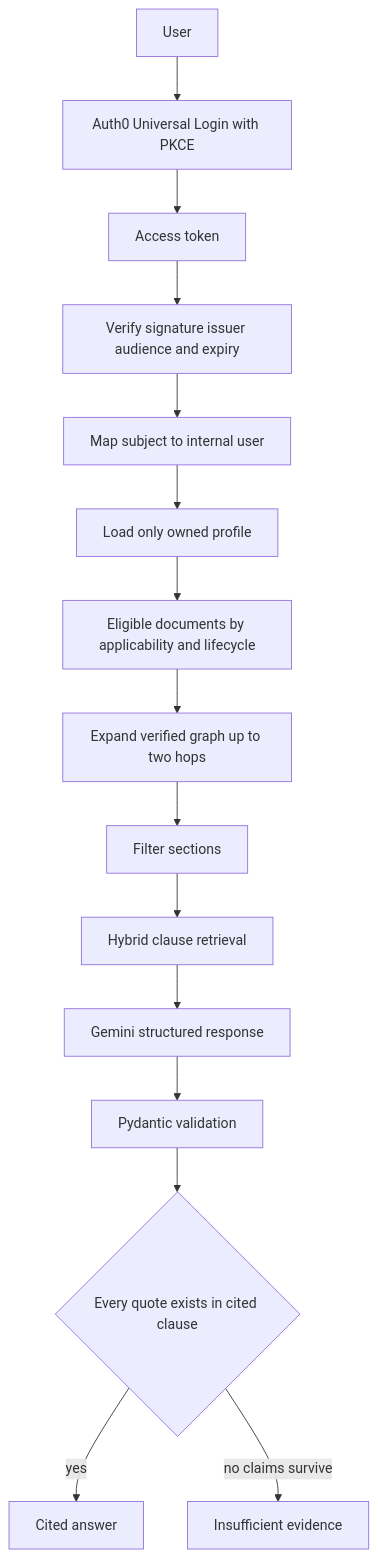
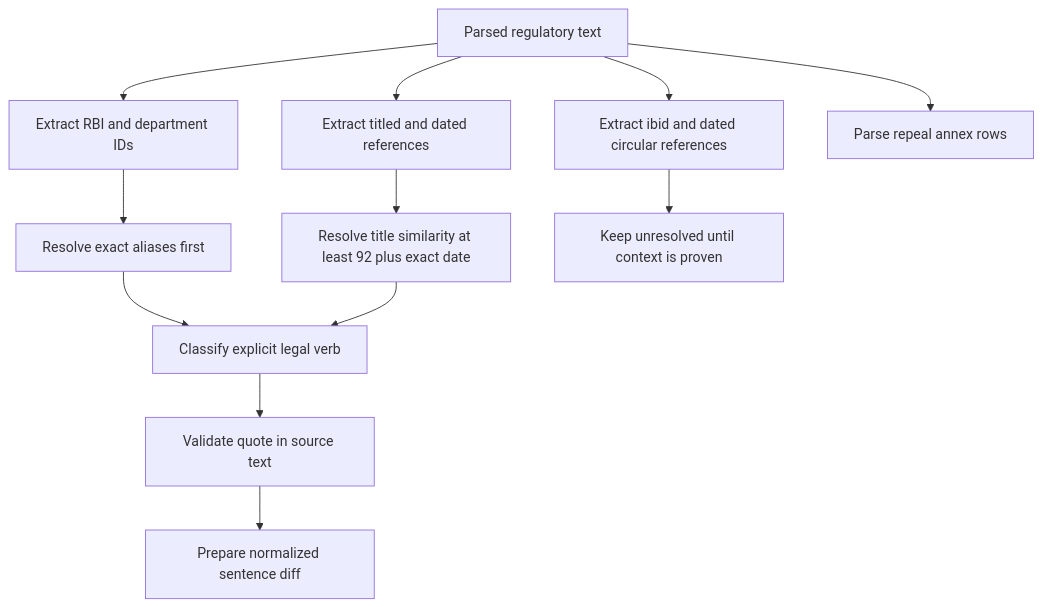
Before and after one commit to arnav7897/RAAY: the third of 5 diagrams in flow.md, drawn with Mermaid. The commit also changed other lines of this file and 46 other files, not shown here.

Commit message:
Phase 4 - Gemini structured output and local clause/quote validation. - Fallback diagnostics and the timeout conversion fix.

````diff
--- a/flow.md
+++ b/flow.md
@@ -117,17 +104,14 @@
 ```mermaid
 flowchart TD
-  U[User] --> AU[Auth0 Universal Login with PKCE]
-  AU --> T[Access token]
-  T --> JV[Verify signature issuer audience and expiry]
-  JV --> IM[Map subject to internal user]
-  IM --> P[Load only owned profile]
-  P --> A1[Eligible documents by applicability and lifecycle]
-  A1 --> A2[Expand verified graph up to two hops]
-  A2 --> A3[Filter sections]
-  A3 --> A4[Hybrid clause retrieval]
-  A4 --> GM[Gemini structured response]
-  GM --> PV[Pydantic validation]
-  PV --> QV{Every quote exists in cited clause}
-  QV -- yes --> OK[Cited answer]
-  QV -- no claims survive --> NO[Insufficient evidence]
+  TXT[Parsed regulatory text] --> ID[Extract RBI and department IDs]
+  TXT --> TITLE[Extract titled and dated references]
+  TXT --> CTX[Extract ibid and dated circular references]
+  ID --> RES[Resolve exact aliases first]
+  TITLE --> FUZ[Resolve title similarity at least 92 plus exact date]
+  CTX --> UNR[Keep unresolved until context is proven]
+  RES --> VERB[Classify explicit legal verb]
+  FUZ --> VERB
+  VERB --> SPAN[Validate quote in source text]
+  SPAN --> DIFF[Prepare normalized sentence diff]
+  TXT --> REP[Parse repeal annex rows]
 ```
````
